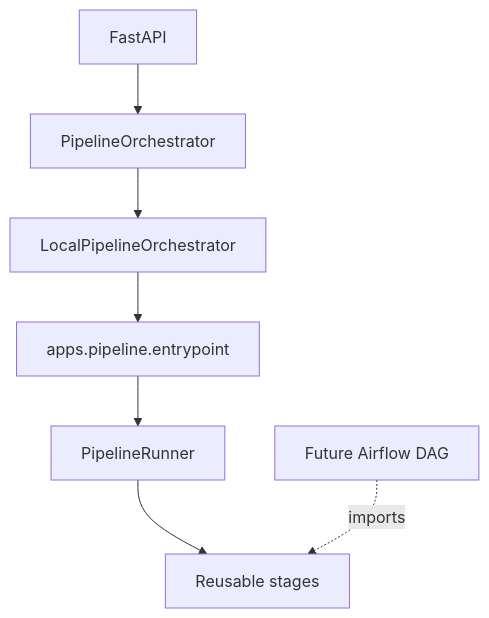
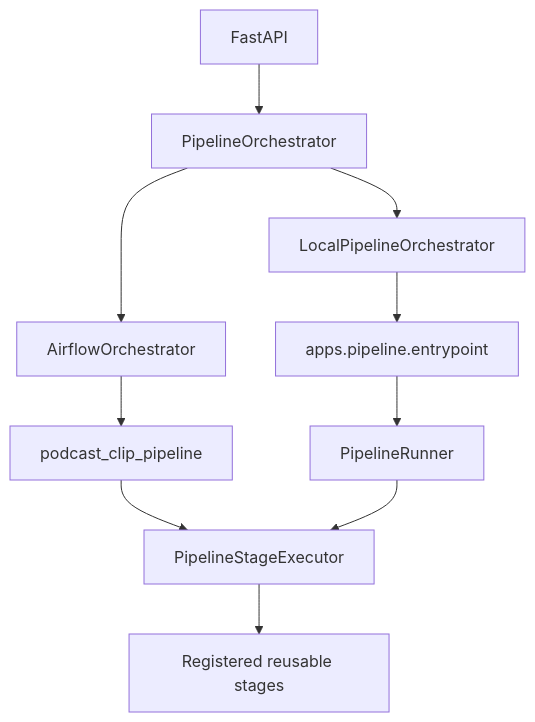
One commit to s194586/AI-Podcast-Clip-Cutter changed the first of 2 diagrams in docs/ARCHITECTURE.md. Above: the diagram before and after it, drawn with Mermaid. The commit also changed other lines of this file and 44 other files, not shown here.

````diff
--- a/docs/ARCHITECTURE.md
+++ b/docs/ARCHITECTURE.md
@@ -45,9 +46,12 @@
 ```mermaid
 flowchart TB
   A[FastAPI] --> B[PipelineOrchestrator]
   B --> C[LocalPipelineOrchestrator]
-  C --> D[apps.pipeline.entrypoint]
-  D --> E[PipelineRunner]
-  E --> F[Reusable stages]
-  G[Future Airflow DAG] -. imports .-> F
+  B --> D[AirflowOrchestrator]
+  C --> E[apps.pipeline.entrypoint]
+  E --> F[PipelineRunner]
+  D --> G[podcast_clip_pipeline]
+  G --> H[PipelineStageExecutor]
+  F --> H
+  H --> I[Registered reusable stages]
 ```
````
